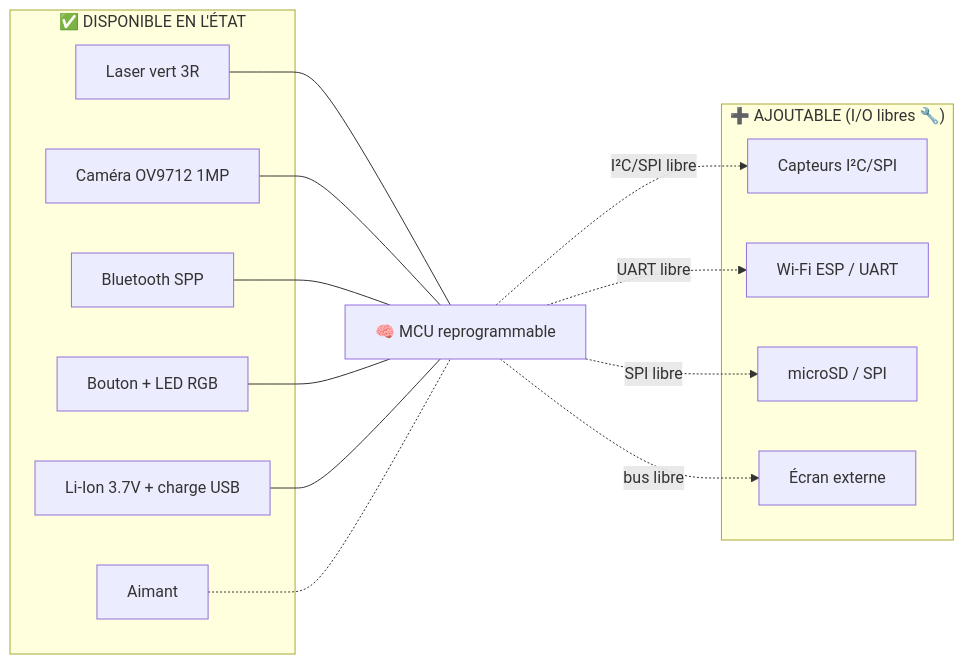
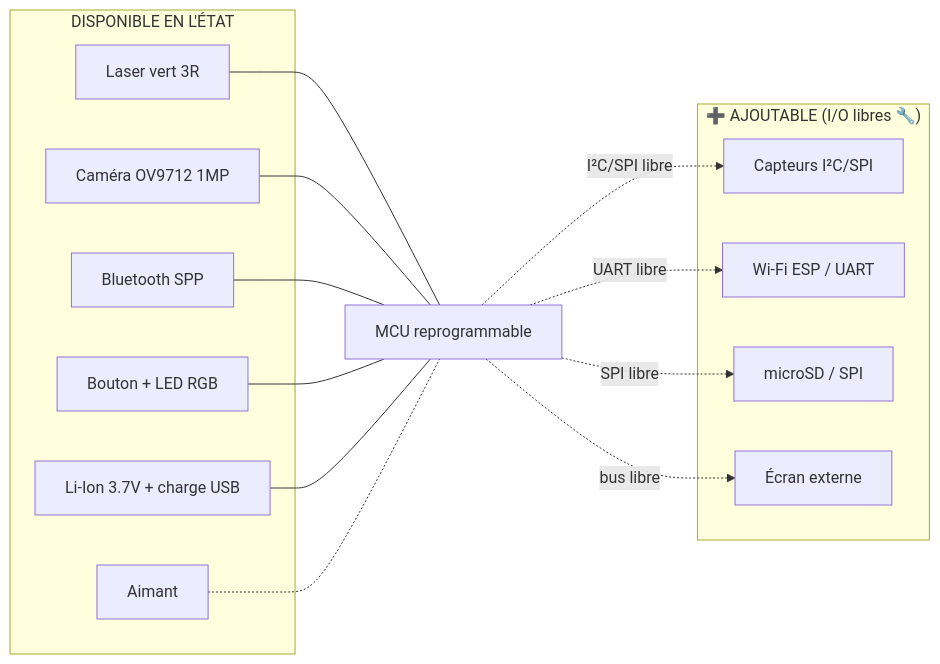
One commit to Virgile-Eratel/concoursNatoYnov2026 changed the second of 2 diagrams in DOSSIER_RETRO-INGENIERIE.md. Above: the diagram before and after it, drawn with Mermaid. The commit also changed other lines of this file and 2 other files, not shown here.

````diff
--- a/DOSSIER_RETRO-INGENIERIE.md
+++ b/DOSSIER_RETRO-INGENIERIE.md
@@ -207,28 +212,28 @@
 ```mermaid
 flowchart LR
-    subgraph EXIST["✅ DISPONIBLE EN L'ÉTAT"]
+    subgraph EXIST["DISPONIBLE EN L'ÉTAT"]
         L[Laser vert 3R]
         C[Caméra OV9712 1MP]
         B[Bluetooth SPP]
         BT2[Bouton + LED RGB]
         BA[Li-Ion 3.7V + charge USB]
         M[Aimant]
     end
-    MCUx[🧠 MCU reprogrammable]
+    MCUx[MCU reprogrammable]
     L --- MCUx
     C --- MCUx
     B --- MCUx
     BT2 --- MCUx
     BA --- MCUx
     M -.- MCUx
     subgraph ADD["➕ AJOUTABLE (I/O libres 🔧)"]
         I2C[Capteurs I²C/SPI]
         WIFI[Wi-Fi ESP / UART]
         SD[microSD / SPI]
         SCR[Écran externe]
     end
     MCUx -. UART libre .-> WIFI
     MCUx -. I²C/SPI libre .-> I2C
     MCUx -. SPI libre .-> SD
     MCUx -. bus libre .-> SCR
 ```
````
